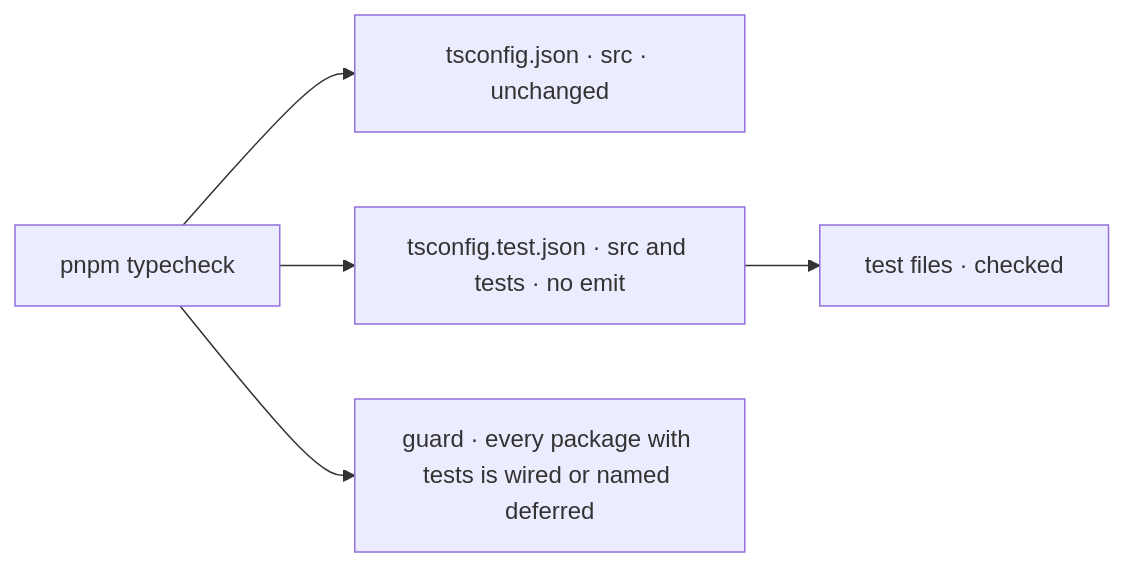
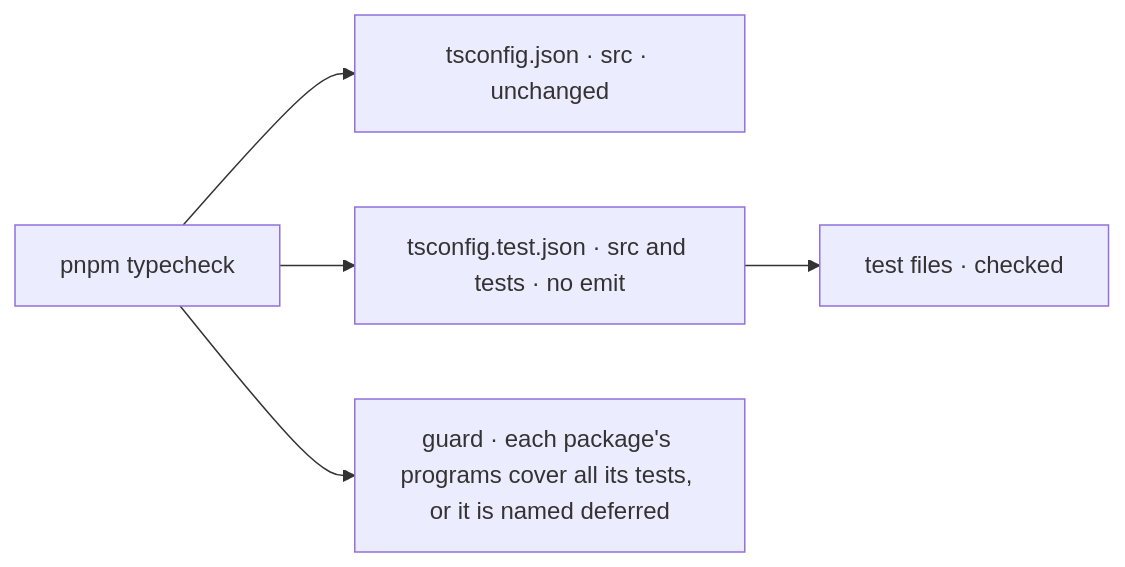
Before and after one commit to fixpoint-labs/flow-state-dev: the third of 3 diagrams in specs/issues/FIX-1343/SPEC.md, drawn with Mermaid. The commit also changed other lines of this file and 4 other files, not shown here.

````diff
--- a/specs/issues/FIX-1343/SPEC.md
+++ b/specs/issues/FIX-1343/SPEC.md
@@ -60,7 +65,7 @@
 ```mermaid
 flowchart LR
   TC["pnpm typecheck"] --> S["tsconfig.json · src · unchanged"]
   TC --> X["tsconfig.test.json · src and tests · no emit"]
   X --> T["test files · checked"]
-  TC --> G["guard · every package with tests is wired or named deferred"]
+  TC --> G["guard · each package's programs cover all its tests, or it is named deferred"]
 ```
````
